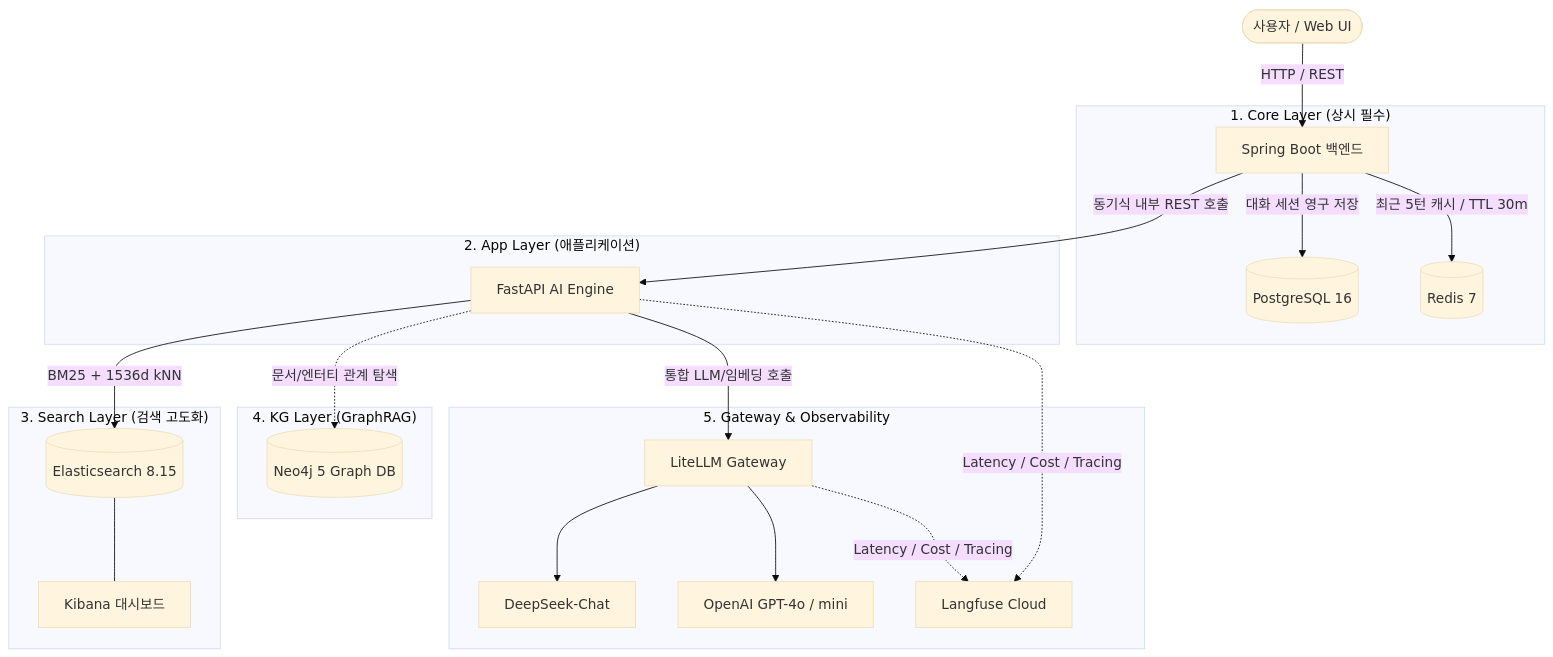
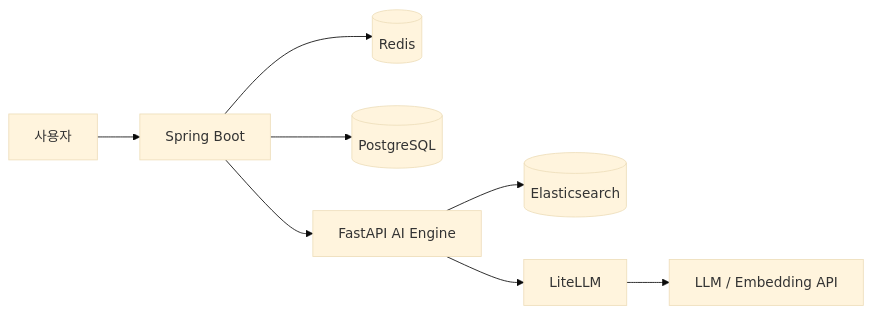
Before and after one commit to Yiji-1015/confluence-kg-chatbot: the diagram in README.md, drawn with Mermaid (base theme). The commit also changed other lines of this file and 38 other files, not shown here.

Commit message:
refactor: remove graph RAG

````diff
--- a/README.md
+++ b/README.md
@@ -20,29 +7,10 @@
 ```mermaid
-graph TD
-    Client([사용자 / Web UI]) -->|HTTP / REST| Backend[Spring Boot 백엔드]
-    
-    subgraph Core ["1. Core Layer (상시 필수)"]
-        Backend -->|대화 세션 영구 저장| PG[(PostgreSQL 16)]
-        Backend -->|최근 5턴 캐시 / TTL 30m| Redis[(Redis 7)]
-    end
-    
-    subgraph App ["2. App Layer (애플리케이션)"]
-        Backend -->|동기식 내부 REST 호출| AIEngine[FastAPI AI Engine]
-    end
-    
-    subgraph Search ["3. Search Layer (검색 고도화)"]
-        AIEngine -->|BM25 + 1536d kNN| ES[(Elasticsearch 8.15)]
-        ES --- Kibana[Kibana 대시보드]
-    end
-    
-    subgraph KG ["4. KG Layer (GraphRAG)"]
-        AIEngine -.->|문서/엔터티 관계 탐색| Neo4j[(Neo4j 5 Graph DB)]
-    end
-    
-    subgraph Obs ["5. Gateway & Observability"]
-        AIEngine -->|통합 LLM/임베딩 호출| LiteLLM[LiteLLM Gateway]
-        LiteLLM --> DeepSeek[DeepSeek-Chat]
-        LiteLLM --> GPT4o[OpenAI GPT-4o / mini]
-        AIEngine & LiteLLM -.->|Latency / Cost / Tracing| Langfuse[Langfuse Cloud]
-    end
+flowchart LR
+    User[사용자] --> Backend[Spring Boot]
+    Backend --> Redis[(Redis)]
+    Backend --> Postgres[(PostgreSQL)]
+    Backend --> AI[FastAPI AI Engine]
+    AI --> ES[(Elasticsearch)]
+    AI --> LiteLLM[LiteLLM]
+    LiteLLM --> LLM[LLM / Embedding API]
 ```
````
